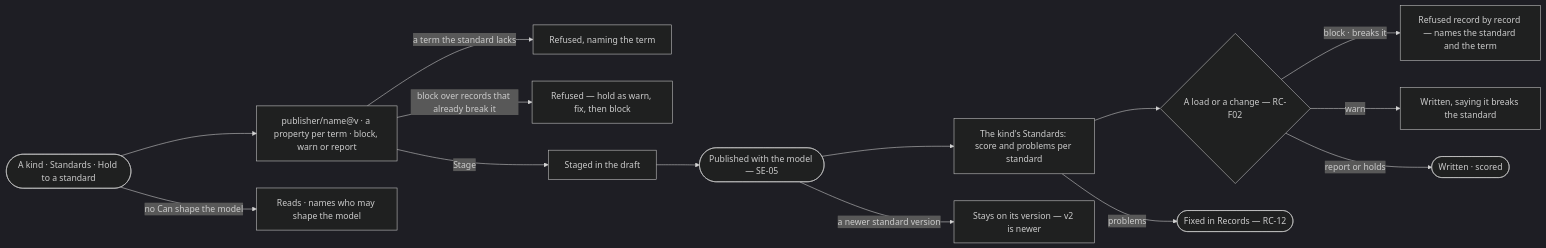
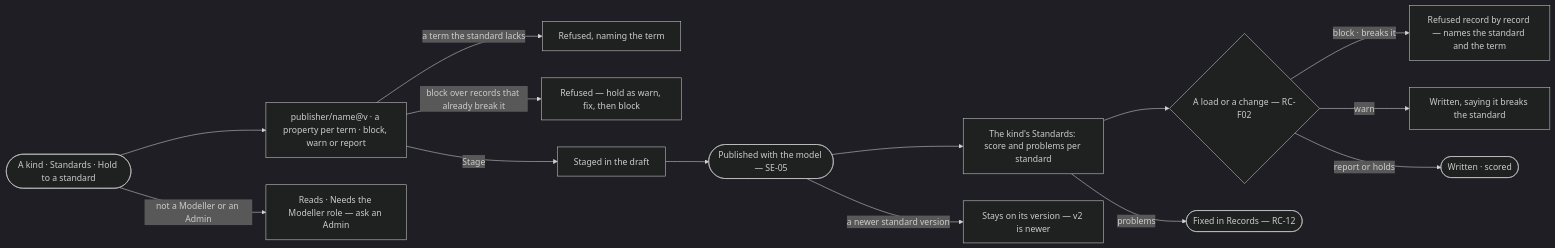
The diagram in specs/capabilities/semantics/features/SE-F07-rules/stories/SE-19-hold-a-kind-to-a-standard/story.md (invana/invana), drawn with Mermaid (dark theme) before and after one commit. The commit also changed other lines of this file and 300 other files, not shown here.

````diff
--- a/specs/capabilities/semantics/features/SE-F07-rules/stories/SE-19-hold-a-kind-to-a-standard/story.md
+++ b/specs/capabilities/semantics/features/SE-F07-rules/stories/SE-19-hold-a-kind-to-a-standard/story.md
@@ -27,15 +29,15 @@
 ```mermaid
 flowchart LR
   a([A kind · Standards · Hold to a standard]) --> s["publisher/name@v · a property per term · block, warn or report"]
   s -->|a term the standard lacks| x1["Refused, naming the term"]
   s -->|block over records that already break it| x2["Refused — hold as warn, fix, then block"]
   s -->|Stage| d["Staged in the draft"] --> pub(["Published with the model — SE-05"])
   pub --> c["The kind's Standards: score and problems per standard"]
   c --> ld{A load or a change — RC-F02}
   ld -->|block · breaks it| b["Refused record by record — names the standard and the term"]
   ld -->|warn| w["Written, saying it breaks the standard"]
   ld -->|report or holds| r(["Written · scored"])
   c -->|problems| q(["Fixed in Records — RC-12"])
   pub -->|a newer standard version| pin["Stays on its version — v2 is newer"]
-  a -->|no Can shape the model| na["Reads · names who may shape the model"]
+  a -->|not a Modeller or an Admin| na["Reads · Needs the Modeller role — ask an Admin"]
 ```
````
